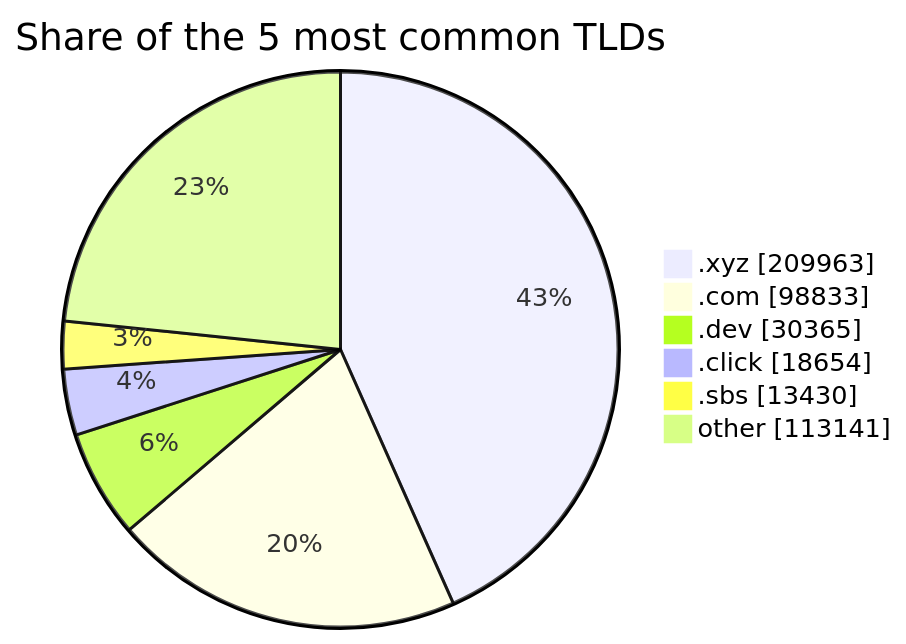
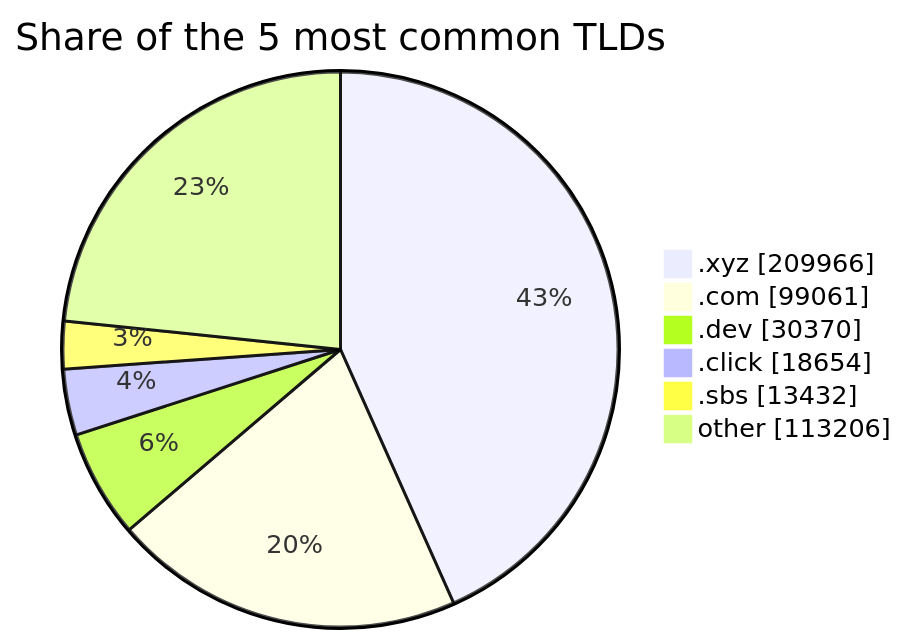
One commit to DNSBunker/CTI changed the third of 3 diagrams in README.md. Above: the diagram before and after it, drawn with Mermaid. The commit also changed other lines of this file and 3 other files, not shown here.

````diff
--- a/README.md
+++ b/README.md
@@ -81,9 +81,9 @@
 ```mermaid
 pie showData title Share of the 5 most common TLDs
-    ".xyz" : 209963
-    ".com" : 98833
-    ".dev" : 30365
+    ".xyz" : 209966
+    ".com" : 99061
+    ".dev" : 30370
     ".click" : 18654
-    ".sbs" : 13430
-    "other" : 113141
+    ".sbs" : 13432
+    "other" : 113206
 ```
````
